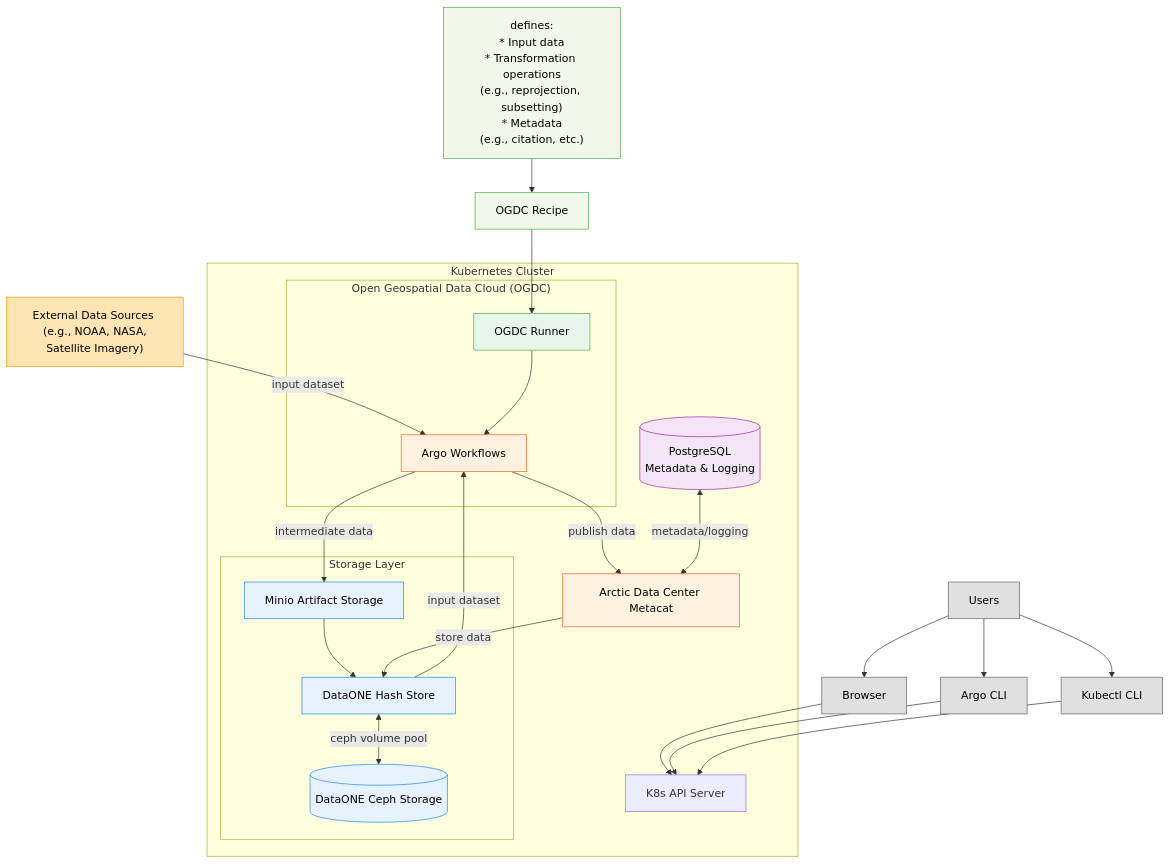
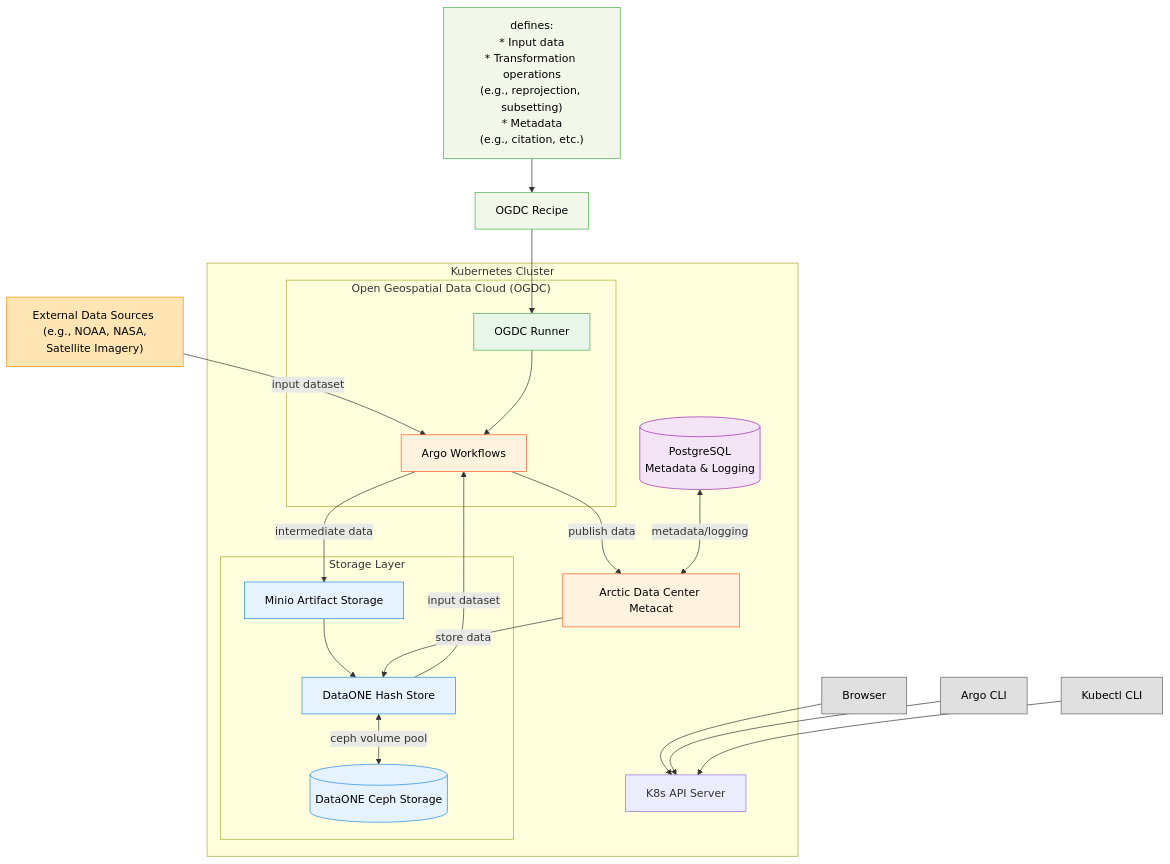
One commit to QGreenland-Net/qgreenland-net.github.io changed the first of 2 diagrams in diagrams/high-level-architecture-v3.3.qmd. Above: the diagram before and after it, drawn with Mermaid.

Commit message:
remove users

````diff
--- a/diagrams/high-level-architecture-v3.3.qmd
+++ b/diagrams/high-level-architecture-v3.3.qmd
@@ -9,81 +9,77 @@
 ```{mermaid}
 flowchart TD
     %% Color definitions
     classDef externalData fill:#FFE5B4,stroke:#FF9800,color:#000;
     classDef storage fill:#E6F3FF,stroke:#1E88E5,color:#000;
     classDef compute fill:#E8F5E9,stroke:#4CAF50,color:#000;
     classDef service fill:#FFF3E0,stroke:#FF5722,color:#000;
     classDef database fill:#F3E5F5,stroke:#9C27B0,color:#000;
     classDef cli fill:#E0E0E0,stroke:#616161,color:#000;
     classDef recipe fill:#F1F8E9,stroke:#4CAF50,color:#000;
 
     %% External Components
-    Users[Users]:::cli
     Browser[Browser]:::cli
     ArgoCLI["Argo CLI"]:::cli
     KubectlCLI["Kubectl CLI"]:::cli
 
     %% External Data Sources
     external_data["External Data Sources <br> (e.g., NOAA, NASA, Satellite Imagery)"]:::externalData
 
     %% OGDC Recipe (Outside K8s Cluster)
     ogdc_recipe["OGDC Recipe"]:::recipe
     recipe_details["`defines:
     * Input data
     * Transformation operations
       (e.g., reprojection, subsetting)
     * Metadata
       (e.g., citation, etc.)
     `"]:::recipe
 
     %% Kubernetes Cluster
     subgraph K8s_Cluster["Kubernetes Cluster"]
         K8s_API["K8s API Server"]
 
         %% Storage and Compute Components
         subgraph storage_layer["Storage Layer"]
             dataone_hash["DataONE Hash Store"]:::storage
             cephfs[(DataONE Ceph Storage)]:::storage
             minio["Minio Artifact Storage"]:::storage
         end
 
         %% Database Component
         postgresql[("PostgreSQL <br> Metadata & Logging")]:::database
 
         %% OGDC Service Components
         subgraph OGDC["Open Geospatial Data Cloud (OGDC)"]
             ogdc_runner["OGDC Runner"]:::compute
             argo_workflows["Argo Workflows"]:::service
         end
 
         %% Arctic Data Center
         ADC_metacat["Arctic Data Center Metacat"]:::service
     end
 
     %% Connections
-    Users --> Browser
-    Users --> ArgoCLI
-    Users --> KubectlCLI
     Browser --> K8s_API
     ArgoCLI --> K8s_API
     KubectlCLI --> K8s_API
 
     %% Recipe and Data Flow
     ogdc_recipe --> ogdc_runner
     recipe_details --> ogdc_recipe
 
     external_data -->|"input dataset"| argo_workflows
 
     ogdc_runner --> argo_workflows
     dataone_hash -->|"input dataset"| argo_workflows
 
     argo_workflows -->|"intermediate data"| minio
     minio --> dataone_hash
 
     argo_workflows -->|"publish data"| ADC_metacat
     ADC_metacat -->|"store data"| dataone_hash
 
     dataone_hash <-->|"ceph volume pool"| cephfs
 
     postgresql <-->|"metadata/logging"| ADC_metacat
 ```
````
